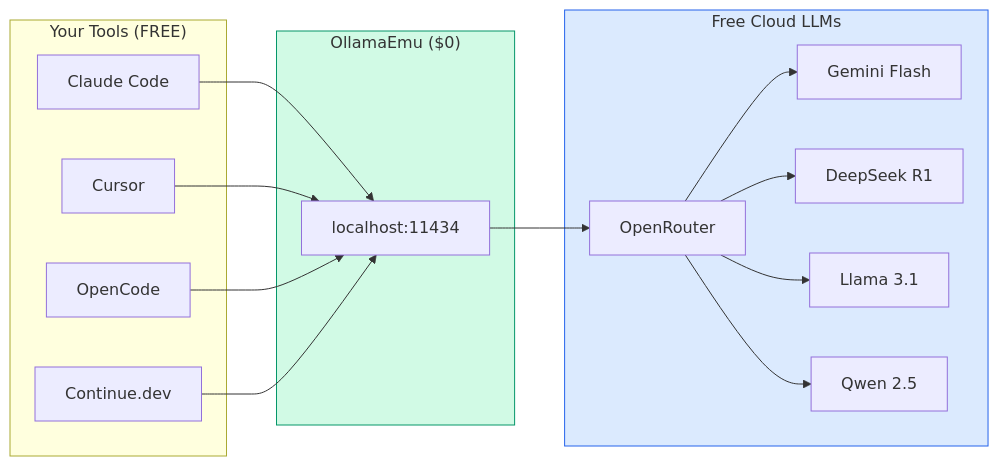
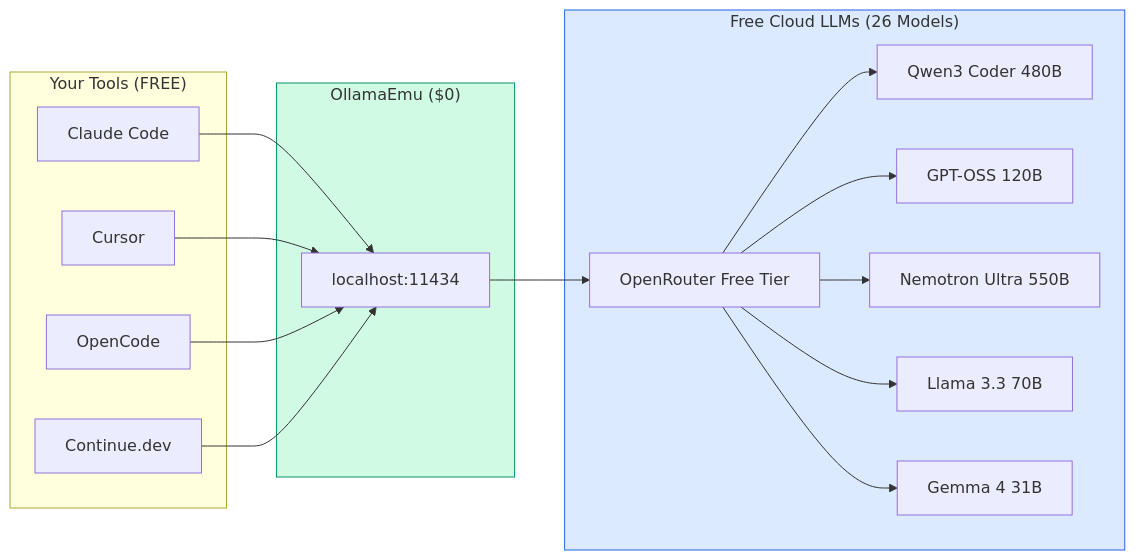
The fourth of 8 diagrams in README.md (rbkhan007/ollamomui), drawn with Mermaid before and after one commit. The commit also changed other lines of this file, not shown here.

Commit message:
Update model list to actual OpenRouter free tier: 26 free models (Qwen3 Coder 480B, GPT-OSS 120B, Nemotron Ultra 550B, Llama 3.3 70B, Gemma 4 31B)

````diff
--- a/README.md
+++ b/README.md
@@ -204,34 +207,36 @@
 ```mermaid
 flowchart LR
     subgraph Tools["Your Tools (FREE)"]
         CC["Claude Code"]
         CU["Cursor"]
         OC["OpenCode"]
         CD["Continue.dev"]
     end
 
     subgraph Emu["OllamaEmu ($0)"]
         OE["localhost:11434"]
     end
 
-    subgraph Providers["Free Cloud LLMs"]
-        OR["OpenRouter"]
-        GEM["Gemini Flash"]
-        DS["DeepSeek R1"]
-        LL["Llama 3.1"]
-        QW["Qwen 2.5"]
+    subgraph Providers["Free Cloud LLMs (26 Models)"]
+        OR["OpenRouter Free Tier"]
+        QW["Qwen3 Coder 480B"]
+        OA["GPT-OSS 120B"]
+        NN["Nemotron Ultra 550B"]
+        LL["Llama 3.3 70B"]
+        GM["Gemma 4 31B"]
     end
 
     CC --> OE
     CU --> OE
     OC --> OE
     CD --> OE
     OE --> OR
-    OR --> GEM
-    OR --> DS
+    OR --> QW
+    OR --> OA
+    OR --> NN
     OR --> LL
-    OR --> QW
+    OR --> GM
 
     style Emu fill:#d1fae5,stroke:#059669
     style Providers fill:#dbeafe,stroke:#2563eb
 ```
````
